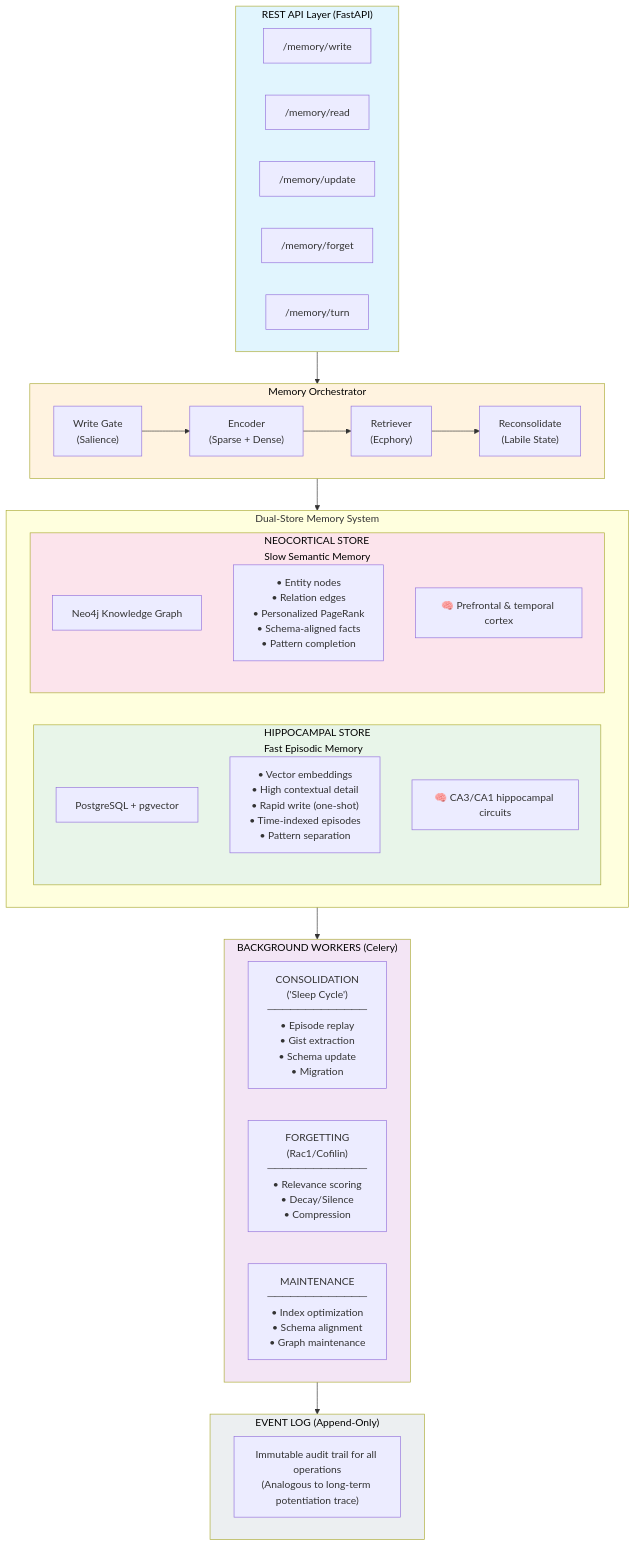
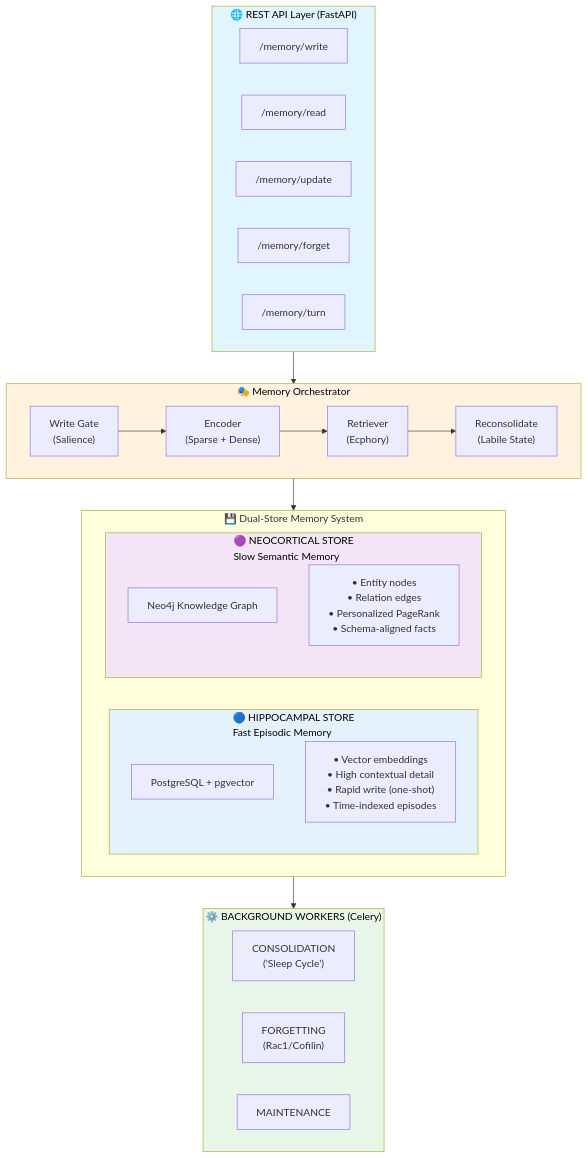
Before and after one commit to avinash-mall/CognitiveMemoryLayer: the first of 9 diagrams in README.md, drawn with Mermaid. The commit also changed other lines of this file and 31 other files, not shown here.

Commit message:
fix: mermaid text visibility and quote formatting

````diff
--- a/README.md
+++ b/README.md
@@ -64,53 +130,45 @@
 ```mermaid
 flowchart TB
-    subgraph API["REST API Layer (FastAPI)"]
+    subgraph API["🌐 REST API Layer (FastAPI)"]
         write["/memory/write"]
         read["/memory/read"]
         update["/memory/update"]
         forget["/memory/forget"]
         turn["/memory/turn"]
     end
 
-    subgraph Orchestrator["Memory Orchestrator"]
+    subgraph Orchestrator["🎭 Memory Orchestrator"]
         gate["Write Gate<br/>(Salience)"]
         encoder["Encoder<br/>(Sparse + Dense)"]
         retriever["Retriever<br/>(Ecphory)"]
         recon["Reconsolidate<br/>(Labile State)"]
         gate --> encoder --> retriever --> recon
     end
 
-    subgraph Stores["Dual-Store Memory System"]
-        subgraph Hippo["HIPPOCAMPAL STORE<br/>Fast Episodic Memory"]
+    subgraph Stores["💾 Dual-Store Memory System"]
+        subgraph Hippo["🔵 HIPPOCAMPAL STORE<br/>Fast Episodic Memory"]
             pg["PostgreSQL + pgvector"]
-            pg_feat["• Vector embeddings<br/>• High contextual detail<br/>• Rapid write (one-shot)<br/>• Time-indexed episodes<br/>• Pattern separation"]
-            bio1["🧠 CA3/CA1 hippocampal circuits"]
+            pg_feat["• Vector embeddings<br/>• High contextual detail<br/>• Rapid write (one-shot)<br/>• Time-indexed episodes"]
         end
-        subgraph Neo["NEOCORTICAL STORE<br/>Slow Semantic Memory"]
+        subgraph Neo["🟣 NEOCORTICAL STORE<br/>Slow Semantic Memory"]
             neo4j["Neo4j Knowledge Graph"]
-            neo_feat["• Entity nodes<br/>• Relation edges<br/>• Personalized PageRank<br/>• Schema-aligned facts<br/>• Pattern completion"]
-            bio2["🧠 Prefrontal & temporal cortex"]
+            neo_feat["• Entity nodes<br/>• Relation edges<br/>• Personalized PageRank<br/>• Schema-aligned facts"]
         end
     end
 
-    subgraph Workers["BACKGROUND WORKERS (Celery)"]
-        consol["CONSOLIDATION<br/>('Sleep Cycle')<br/>─────────────<br/>• Episode replay<br/>• Gist extraction<br/>• Schema update<br/>• Migration"]
-        forg["FORGETTING<br/>(Rac1/Cofilin)<br/>─────────────<br/>• Relevance scoring<br/>• Decay/Silence<br/>• Compression"]
-        maint["MAINTENANCE<br/>─────────────<br/>• Index optimization<br/>• Schema alignment<br/>• Graph maintenance"]
-    end
-
-    subgraph EventLog["EVENT LOG (Append-Only)"]
-        log["Immutable audit trail for all operations<br/>(Analogous to long-term potentiation trace)"]
+    subgraph Workers["⚙️ BACKGROUND WORKERS (Celery)"]
+        consol["CONSOLIDATION<br/>('Sleep Cycle')"]
+        forg["FORGETTING<br/>(Rac1/Cofilin)"]
+        maint["MAINTENANCE"]
     end
 
     API --> Orchestrator
     Orchestrator --> Stores
     Stores --> Workers
-    Workers --> EventLog
 
     style API fill:#e1f5fe,color:#000
     style Orchestrator fill:#fff3e0,color:#000
-    style Hippo fill:#e8f5e9,color:#000
-    style Neo fill:#fce4ec,color:#000
-    style Workers fill:#f3e5f5,color:#000
-    style EventLog fill:#eceff1,color:#000
+    style Hippo fill:#e3f2fd,color:#000
+    style Neo fill:#f3e5f5,color:#000
+    style Workers fill:#e8f5e9,color:#000
 ```
````
